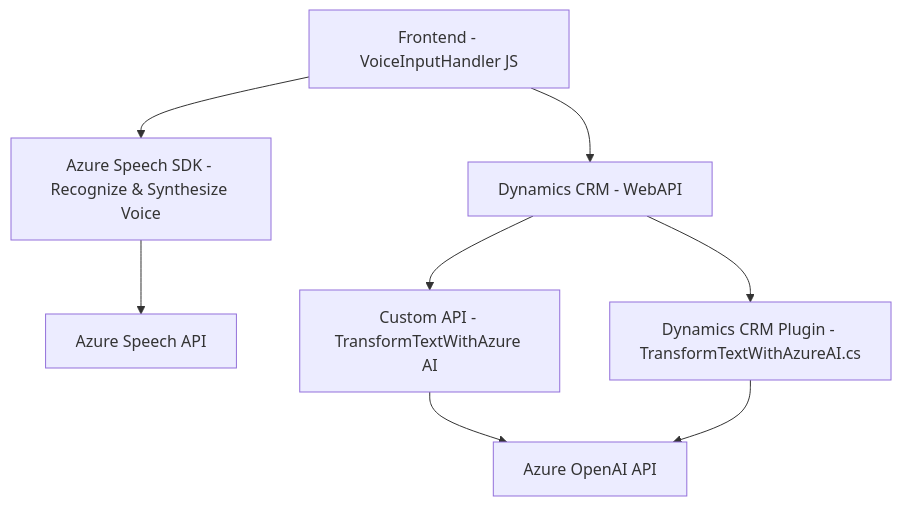
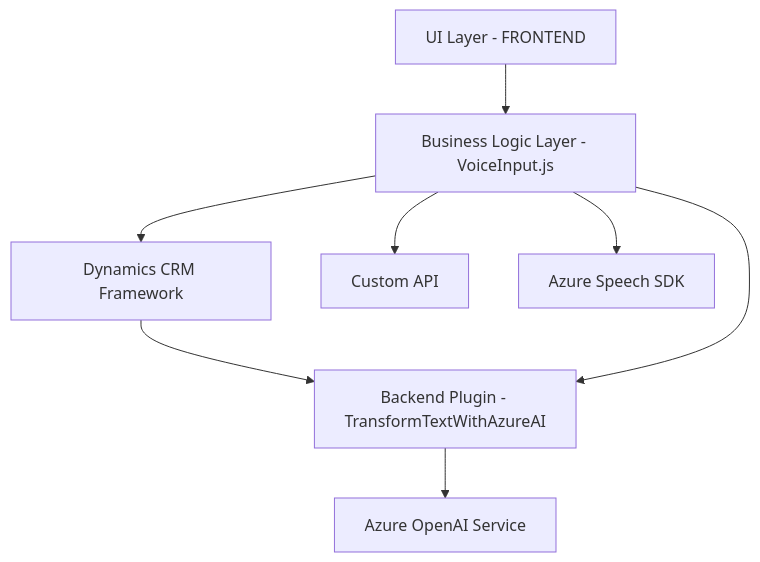
One commit to blopezdm/NETCORE_BILBAO2025 changed the diagram in README.md. Above: the diagram before and after it, drawn with Mermaid. The commit also changed other lines of this file, not shown here.

````diff
--- a/README.md
+++ b/README.md
@@ -46,10 +45,18 @@
 ```mermaid
 graph TD
-    A["Frontend - VoiceInputHandler JS"] --> B["Azure Speech SDK - Recognize & Synthesize Voice"]
-    A --> C["Dynamics CRM - WebAPI"]
-    B --> D["Azure Speech API"]
-    C --> E["Custom API - TransformTextWithAzure AI"]
-    E --> F["Azure OpenAI API"]
-    C --> G["Dynamics CRM Plugin - TransformTextWithAzureAI.cs"]
-    G --> F
+    A["UI Layer - FRONTEND"]
+    B["Business Logic Layer - VoiceInput.js"]
+    C["Dynamics CRM Framework"]
+    D["Custom API"]
+    E["Azure Speech SDK"]
+    F["Backend Plugin - TransformTextWithAzureAI"]
+    G["Azure OpenAI Service"]
+    
+    A --> B
+    B --> C
+    B --> E
+    B --> D
+    C --> F
+    F --> G
+    B --> F
 ```
````
